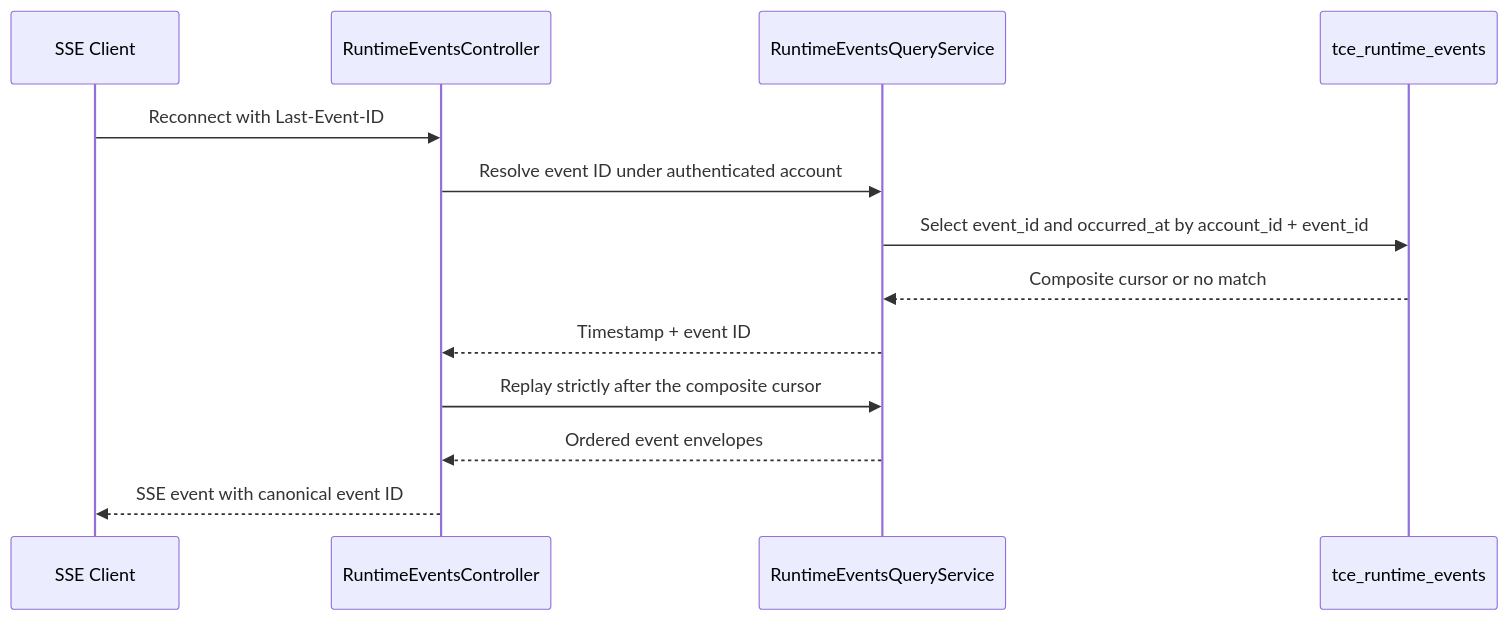
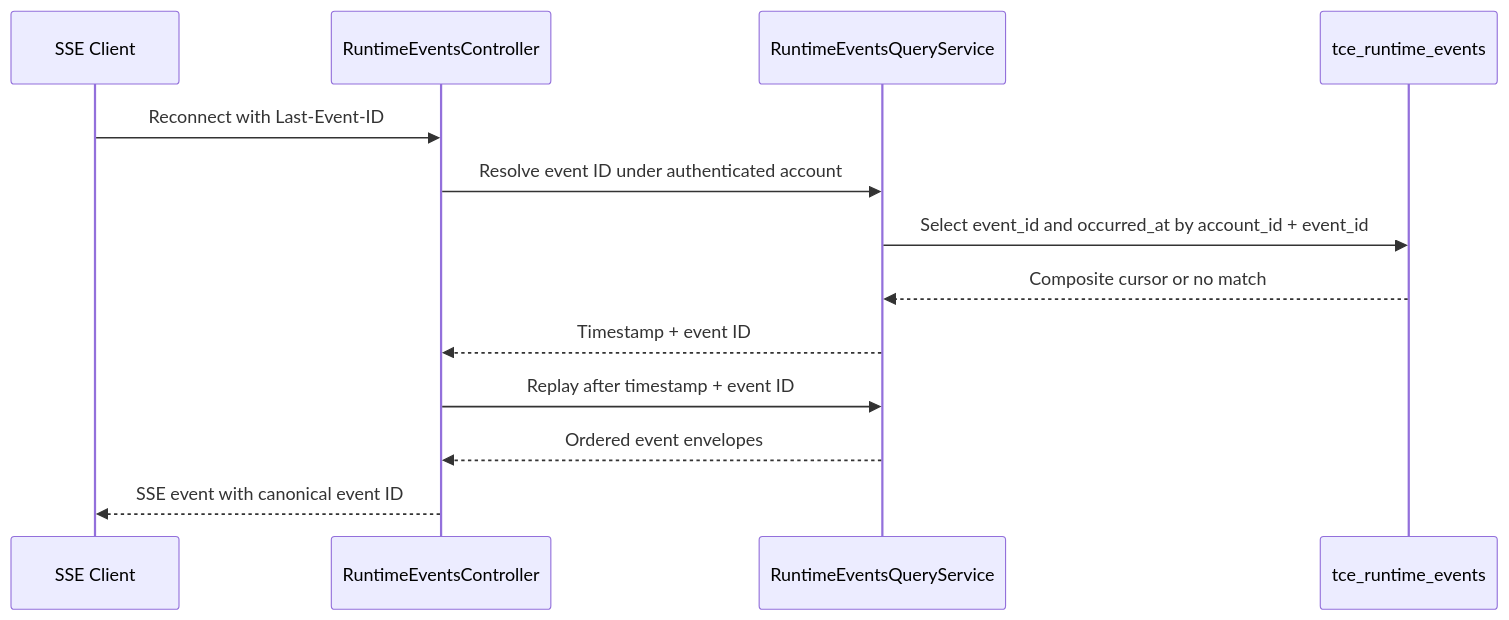
Before and after one commit to phanthienquoc/TCE-dashboard: the second of 2 diagrams in docs/learning/implementation-audit-readiness.md, drawn with Mermaid. The commit also changed other lines of this file, not shown here.

````diff
--- a/docs/learning/implementation-audit-readiness.md
+++ b/docs/learning/implementation-audit-readiness.md
@@ -84,15 +110,15 @@
 ```mermaid
 sequenceDiagram
   participant Client as SSE Client
   participant Controller as RuntimeEventsController
   participant Query as RuntimeEventsQueryService
   participant DB as tce_runtime_events
   Client->>Controller: Reconnect with Last-Event-ID
   Controller->>Query: Resolve event ID under authenticated account
   Query->>DB: Select event_id and occurred_at by account_id + event_id
   DB-->>Query: Composite cursor or no match
   Query-->>Controller: Timestamp + event ID
-  Controller->>Query: Replay strictly after the composite cursor
+  Controller->>Query: Replay after timestamp + event ID
   Query-->>Controller: Ordered event envelopes
   Controller-->>Client: SSE event with canonical event ID
 ```
````
